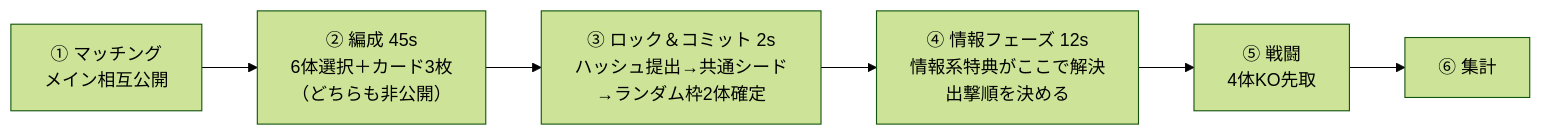
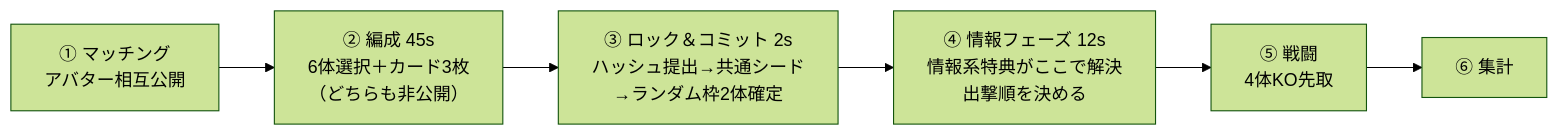
The diagram in game/README.md (shogodayo0210-oss/-), drawn with Mermaid (forest theme) before and after one commit. The commit also changed other lines of this file and 5 other files, not shown here.

````diff
--- a/game/README.md
+++ b/game/README.md
@@ -37,8 +37,8 @@
 ```mermaid
 flowchart LR
-  A["① マッチング<br/>メイン相互公開"] --> B["② 編成 45s<br/>6体選択＋カード3枚<br/>（どちらも非公開）"]
+  A["① マッチング<br/>アバター相互公開"] --> B["② 編成 45s<br/>6体選択＋カード3枚<br/>（どちらも非公開）"]
   B --> C["③ ロック＆コミット 2s<br/>ハッシュ提出→共通シード<br/>→ランダム枠2体確定"]
   C --> D["④ 情報フェーズ 12s<br/>情報系特典がここで解決<br/>出撃順を決める"]
   D --> E["⑤ 戦闘<br/>4体KO先取"]
   E --> F["⑥ 集計"]
 ```
````
